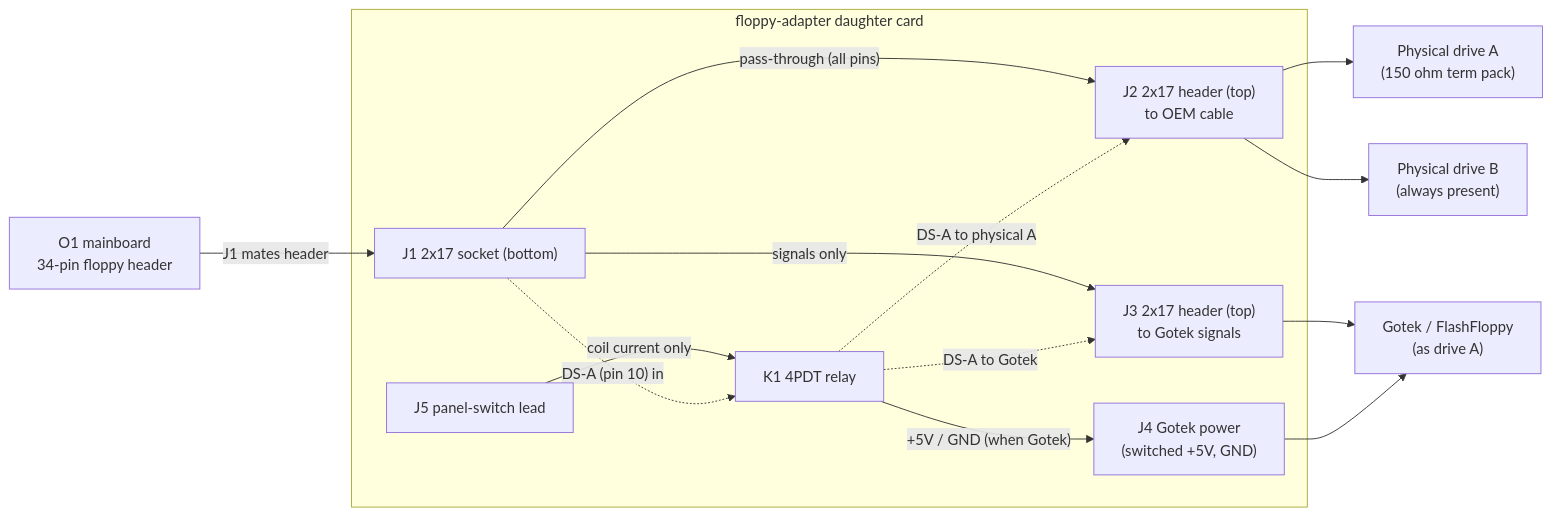
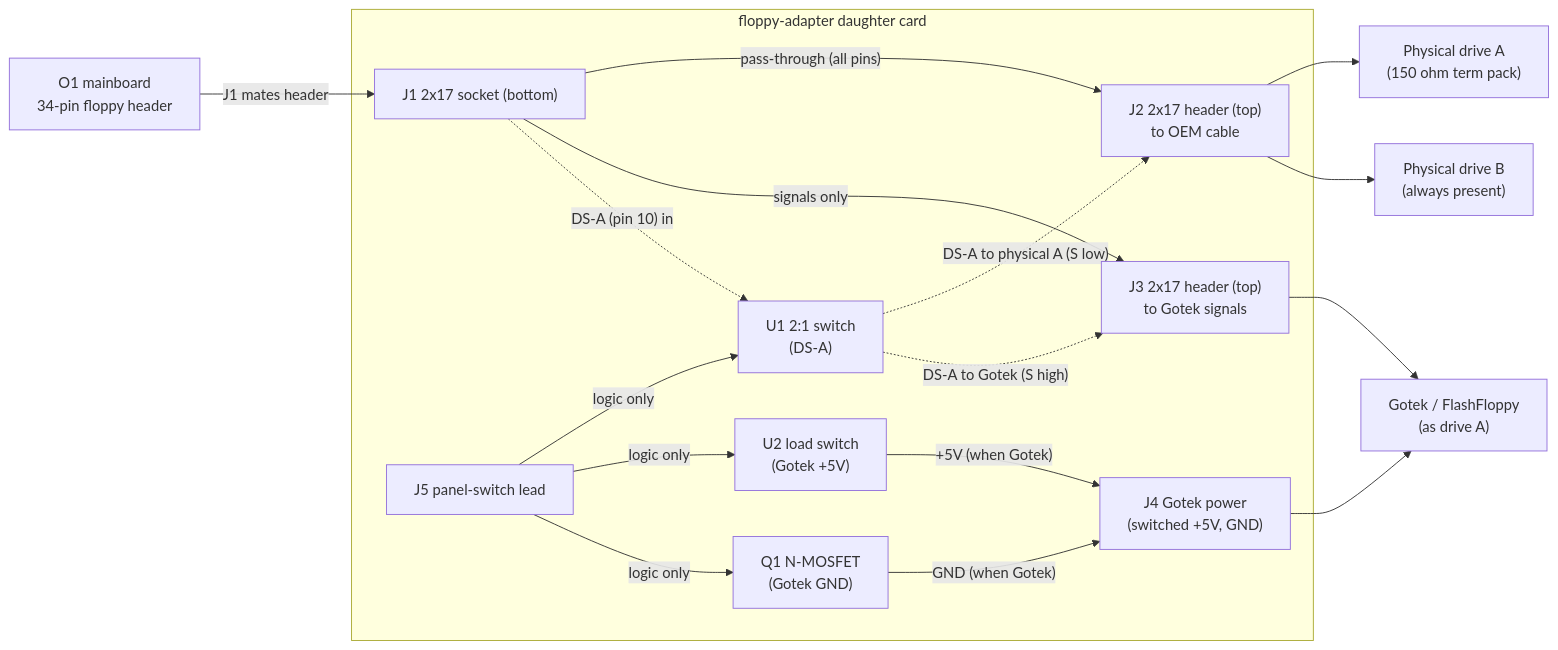
The diagram in docs/floppy-adapter-design.md (Myrcurial/o1next), drawn with Mermaid before and after one commit. The commit also changed other lines of this file and 8 other files, not shown here.

First line of the commit message:
hardware: the floppy-adapter schematic, wired, footprinted, and switched with silicon (#62) (#349)

````diff
--- a/docs/floppy-adapter-design.md
+++ b/docs/floppy-adapter-design.md
@@ -83,28 +87,33 @@
 ```mermaid
 flowchart LR
   MB["O1 mainboard<br/>34-pin floppy header"]
   subgraph CARD["floppy-adapter daughter card"]
     PLUG["J1  2x17 socket (bottom)"]
     CABLE["J2  2x17 header (top)<br/>to OEM cable"]
     GOT["J3  2x17 header (top)<br/>to Gotek signals"]
     PWR["J4  Gotek power<br/>(switched +5V, GND)"]
     SW["J5  panel-switch lead"]
-    K1["K1  4PDT relay"]
+    U1["U1  2:1 switch<br/>(DS-A)"]
+    U2["U2  load switch<br/>(Gotek +5V)"]
+    Q1["Q1  N-MOSFET<br/>(Gotek GND)"]
   end
   DA["Physical drive A<br/>(150 ohm term pack)"]
   DB["Physical drive B<br/>(always present)"]
   GK["Gotek / FlashFloppy<br/>(as drive A)"]
 
   MB -- "J1 mates header" --> PLUG
   PLUG -- "pass-through (all pins)" --> CABLE
   CABLE --> DA
   CABLE --> DB
   PLUG -- "signals only" --> GOT
   GOT --> GK
-  K1 -- "+5V / GND (when Gotek)" --> PWR
+  U2 -- "+5V (when Gotek)" --> PWR
+  Q1 -- "GND (when Gotek)" --> PWR
   PWR --> GK
-  SW -- "coil current only" --> K1
-  PLUG -. "DS-A (pin 10) in" .-> K1
-  K1 -. "DS-A to physical A" .-> CABLE
-  K1 -. "DS-A to Gotek" .-> GOT
+  SW -- "logic only" --> U1
+  SW -- "logic only" --> U2
+  SW -- "logic only" --> Q1
+  PLUG -. "DS-A (pin 10) in" .-> U1
+  U1 -. "DS-A to physical A (S low)" .-> CABLE
+  U1 -. "DS-A to Gotek (S high)" .-> GOT
 ```
````
